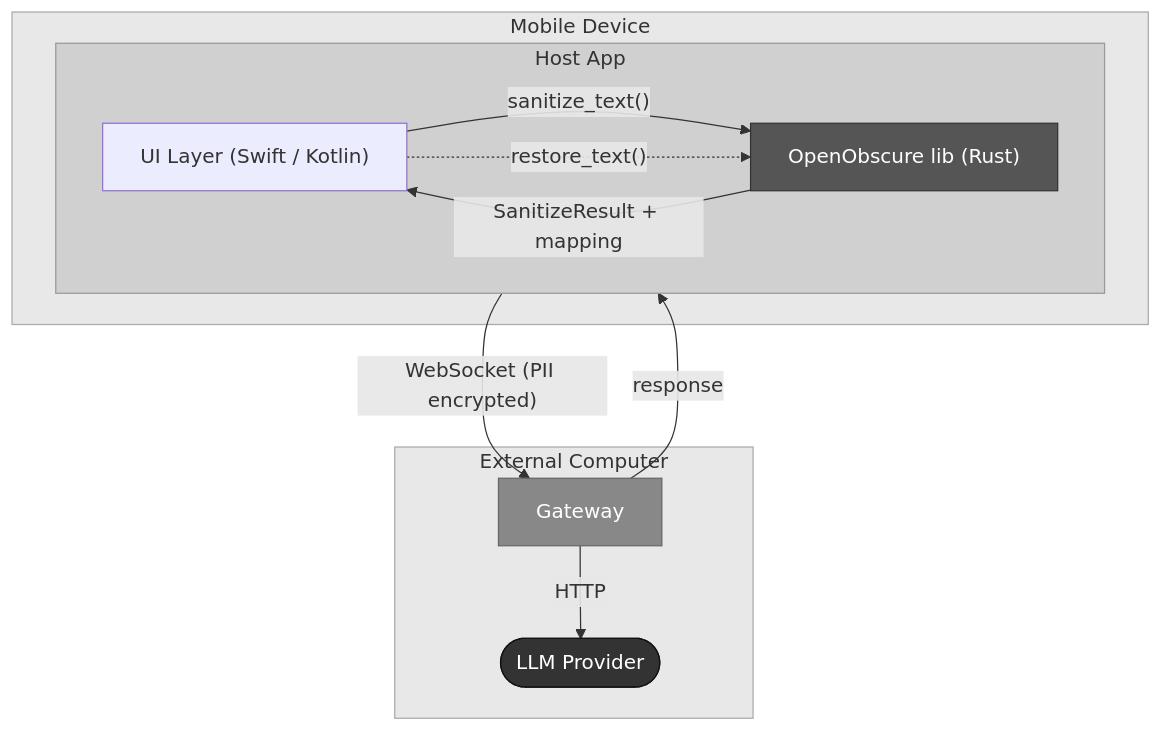
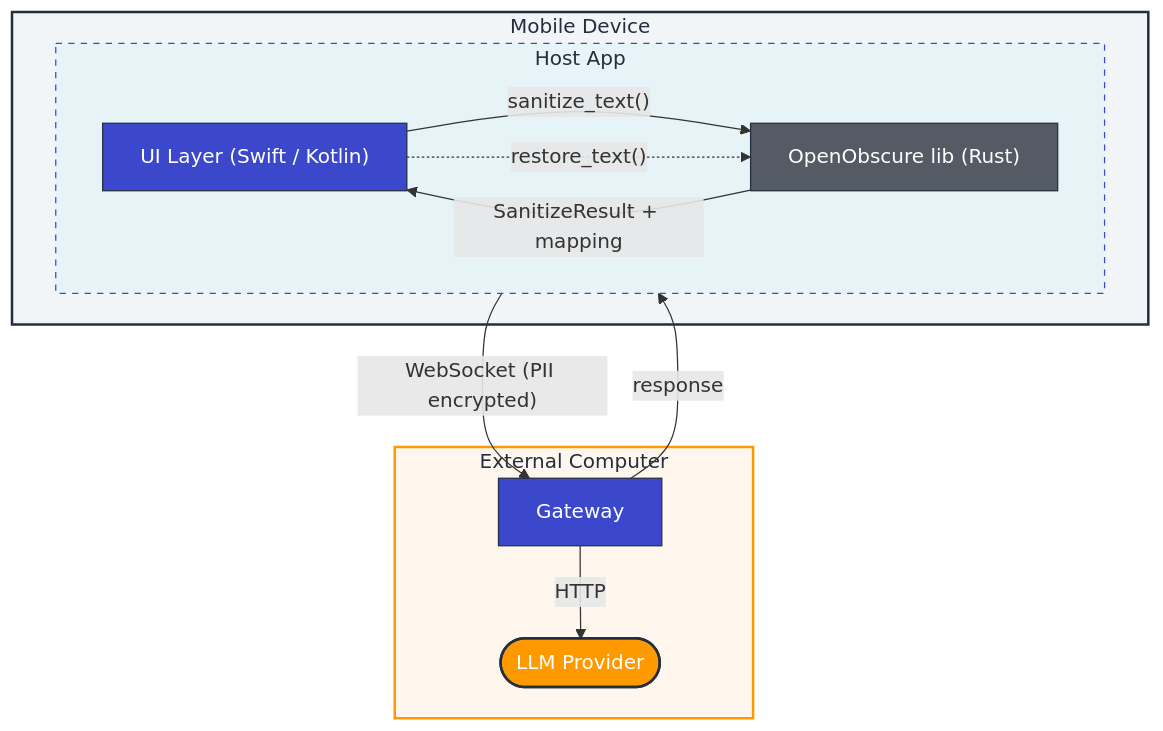
Before and after one commit to OpenObscure/OpenObscure: the second of 14 diagrams in ARCHITECTURE.md, drawn with Mermaid. The commit also changed other lines of this file and 3 other files, not shown here.

First line of the commit message:
Apply consistent color palette across all mermaid diagrams

````diff
--- a/ARCHITECTURE.md
+++ b/ARCHITECTURE.md
@@ -54,27 +55,28 @@
 ```mermaid
 flowchart TB
     subgraph mobile ["Mobile Device"]
         subgraph app ["Host App"]
             ui["UI Layer (Swift / Kotlin)"]
             lib["OpenObscure lib (Rust)"]
             ui -- "sanitize_text()" --> lib
             lib -- "SanitizeResult + mapping" --> ui
             ui -. "restore_text()" .-> lib
         end
     end
 
     app -- "WebSocket (PII encrypted)" --> gw
     gw -- "response" --> app
 
     subgraph desktop ["External Computer"]
         gw["Gateway"]
         gw -- "HTTP" --> llm(["LLM Provider"])
     end
 
-    style mobile fill:#e8e8e8,stroke:#aaa,color:#333
-    style app fill:#d0d0d0,stroke:#999,color:#333
-    style lib fill:#555,stroke:#333,color:#fff
-    style desktop fill:#e8e8e8,stroke:#aaa,color:#333
-    style gw fill:#888,stroke:#666,color:#fff
-    style llm fill:#333,stroke:#111,color:#fff
+    style mobile fill:#f2f5f7,stroke:#232F3E,stroke-width:2px,color:#232F3E
+    style app fill:#e6f3f7,stroke:#3b48cc,stroke-dasharray: 5 5,color:#232F3E
+    style ui fill:#3b48cc,stroke:#232F3E,color:#fff
+    style lib fill:#545b64,stroke:#232F3E,color:#fff
+    style desktop fill:#fff7ed,stroke:#ff9900,stroke-width:2px,color:#232F3E
+    style gw fill:#3b48cc,stroke:#232F3E,color:#fff
+    style llm fill:#ff9900,stroke:#232F3E,stroke-width:2px,color:#fff
 ```
````
